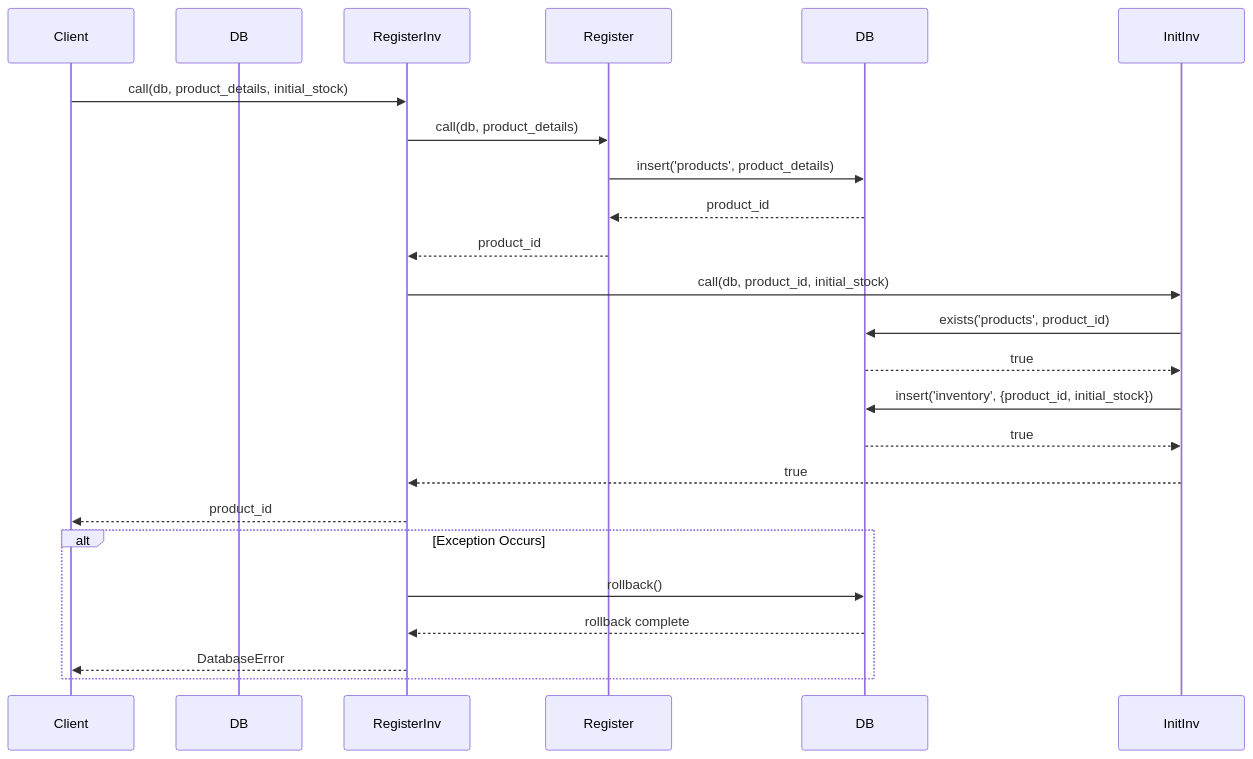
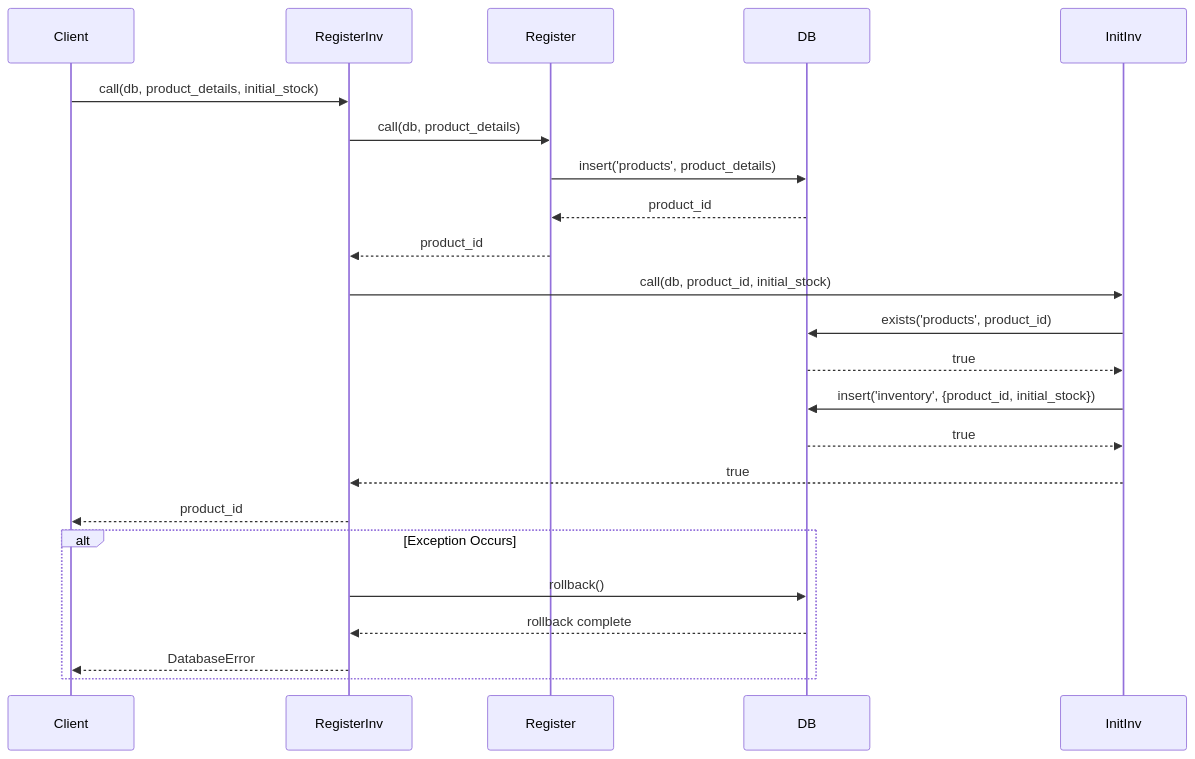
The diagram in readme.md (rooooomania/tdd-just-demo-use-purpose), drawn with Mermaid before and after one commit. The commit also changed 7 other files, not shown here.

````diff
--- a/readme.md
+++ b/readme.md
@@ -7,23 +7,22 @@
 ```mermaid
 sequenceDiagram
     participant Client
-    participant Database as DB
 
     Client->>RegisterInv: call(db, product_details, initial_stock)
     RegisterInv->>Register: call(db, product_details)
     Register->>DB: insert('products', product_details)
     DB-->>Register: product_id
     Register-->>RegisterInv: product_id
     RegisterInv->>InitInv: call(db, product_id, initial_stock)
     InitInv->>DB: exists('products', product_id)
     DB-->>InitInv: true
     InitInv->>DB: insert('inventory', {product_id, initial_stock})
     DB-->>InitInv: true
     InitInv-->>RegisterInv: true
     RegisterInv-->>Client: product_id
     alt Exception Occurs
         RegisterInv->>DB: rollback()
         DB-->>RegisterInv: rollback complete
         RegisterInv-->>Client: DatabaseError
     end
 ```
````
